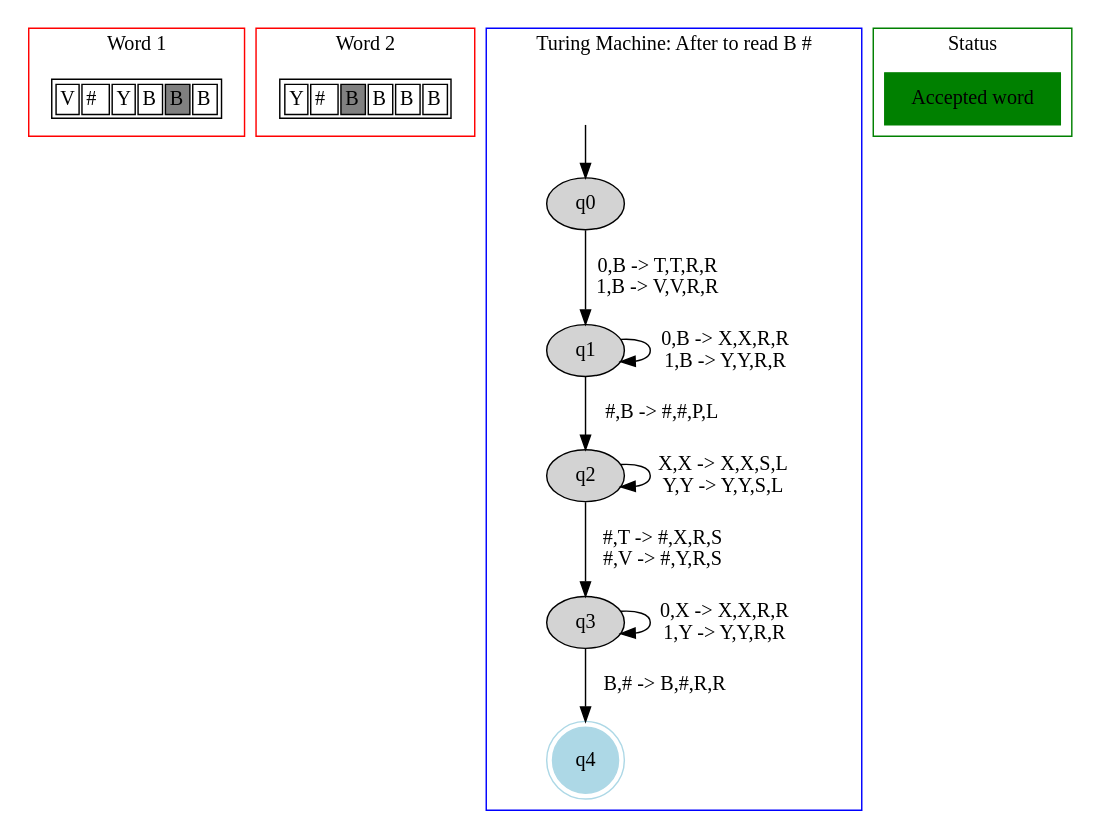
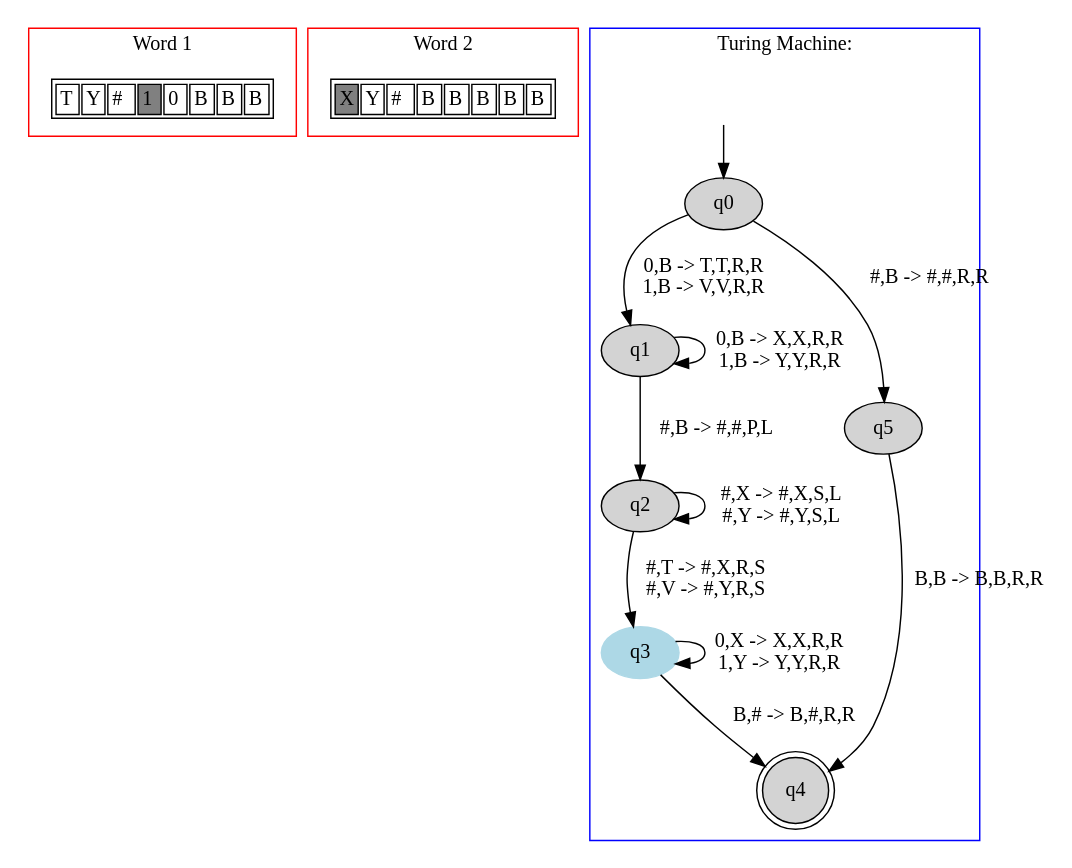
The diagram in TM2FITAS/images/file7.dot (danielScLima/turing_machine_2_fitas), drawn with Graphviz before and after one commit. The commit also changed 22 other files, not shown here.

```diff
--- a/TM2FITAS/images/file7.dot
+++ b/TM2FITAS/images/file7.dot
@@ -1,64 +1,65 @@
 digraph G {
 	subgraph cluster_0 {
 		node [shape=plaintext];
 
 struct1 [label=<<TABLE>
 <TR>
-<TD><FONT>V</FONT></TD>
+<TD><FONT>T</FONT></TD>
+<TD><FONT>Y</FONT></TD>
 <TD><FONT>#</FONT></TD>
-<TD><FONT>Y</FONT></TD>
+<TD BGCOLOR="gray"><FONT>1</FONT></TD>
+<TD><FONT>0</FONT></TD>
 <TD><FONT>B</FONT></TD>
-<TD BGCOLOR="gray"><FONT>B</FONT></TD>
+<TD><FONT>B</FONT></TD>
 <TD><FONT>B</FONT></TD>
 </TR>
 </TABLE>>];
 label = "Word 1";
 color=red;
 }
 	subgraph cluster_2 {
 		node [shape=plaintext];
 
 struct2 [label=<<TABLE>
 <TR>
+<TD BGCOLOR="gray"><FONT>X</FONT></TD>
 <TD><FONT>Y</FONT></TD>
 <TD><FONT>#</FONT></TD>
-<TD BGCOLOR="gray"><FONT>B</FONT></TD>
+<TD><FONT>B</FONT></TD>
+<TD><FONT>B</FONT></TD>
 <TD><FONT>B</FONT></TD>
 <TD><FONT>B</FONT></TD>
 <TD><FONT>B</FONT></TD>
 </TR>
 </TABLE>>];
 label = "Word 2";
 color=red;
 }
 	subgraph cluster_1 {
 		node [style=filled];
-		label = "Turing Machine: After to read B #"
+		label = "Turing Machine: "
 		color=blue;
 
 		q0;
 		q1;
 		q2;
-		q3;
-		q4 [shape="doublecircle",color="lightblue"];
+		q3 [color="lightblue"];
+		q4 [shape="doublecircle"];
+		q5;
 		q0->q1[label="0,B -> T,T,R,R
 1,B -> V,V,R,R"];
+		q0->q5[label="#,B -> #,#,R,R"];
 		q1->q1[label="0,B -> X,X,R,R
 1,B -> Y,Y,R,R"];
 		q1->q2[label="#,B -> #,#,P,L"];
-		q2->q2[label="X,X -> X,X,S,L
-Y,Y -> Y,Y,S,L"];
+		q2->q2[label="#,X -> #,X,S,L
+#,Y -> #,Y,S,L"];
 		q2->q3[label="#,T -> #,X,R,S
 #,V -> #,Y,R,S"];
 		q3->q3[label="0,X -> X,X,R,R
 1,Y -> Y,Y,R,R"];
 		q3->q4[label="B,# -> B,#,R,R"];
+		q5->q4[label="B,B -> B,B,R,R"];
 x [color=white, label=""];		x->q0	}
 
-subgraph cluster_1s {
-node [style=filled, shape=rect];
-cluster_1_n [label="Accepted word", color="green"];
-label = "Status";
-color=green;
 }
-}
```
